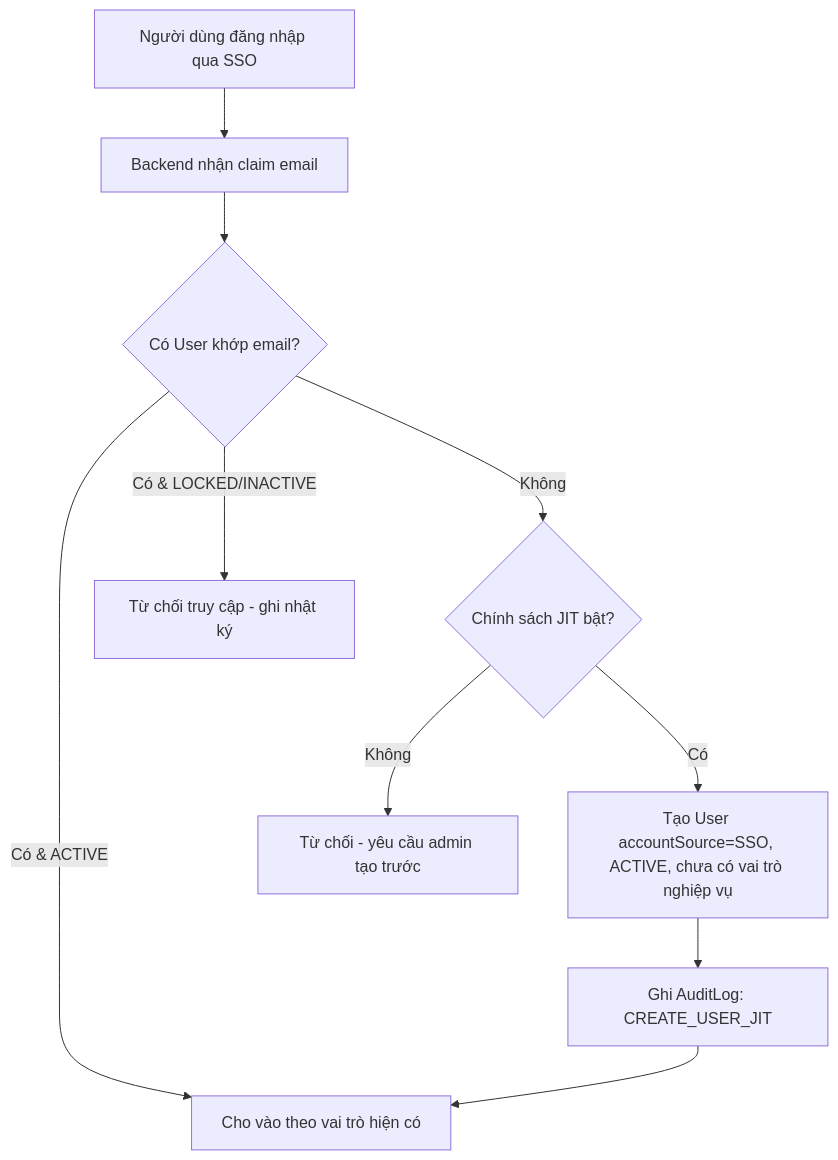
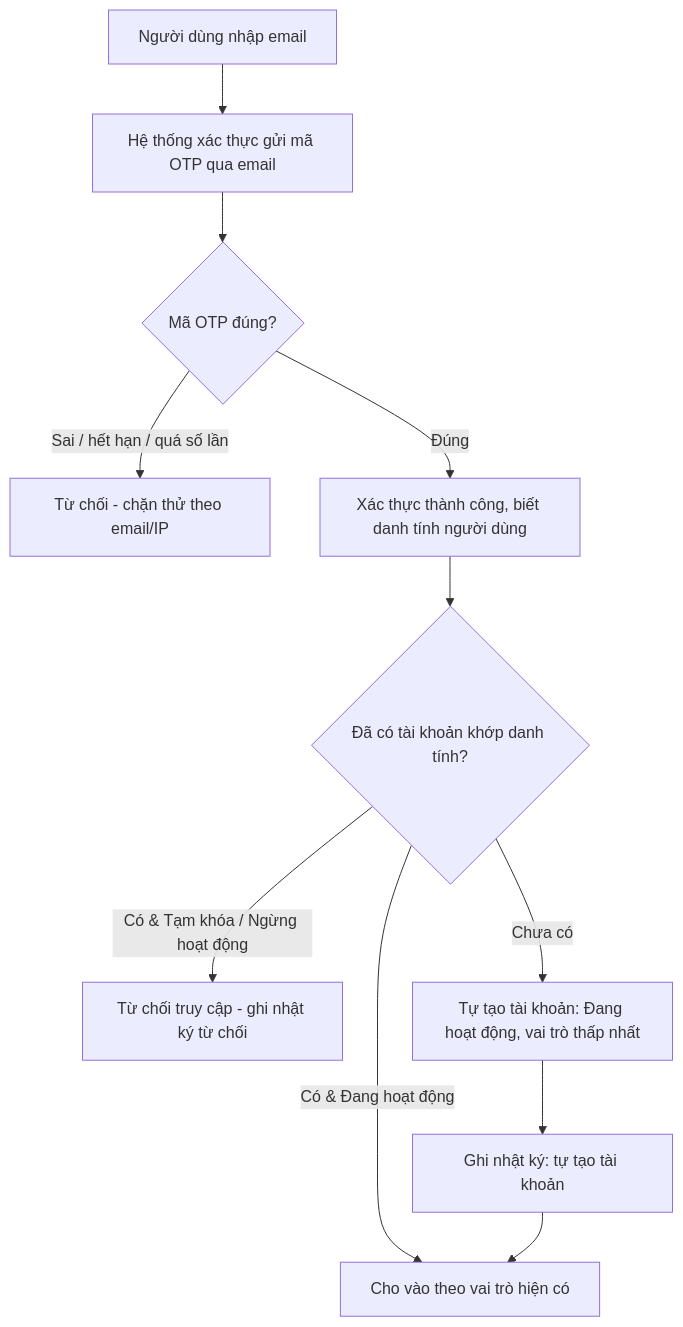
One commit to PTZero2026/rms-docs changed the second of 5 diagrams in docs/features/B03-quan-ly-nguoi-dung/spec.md. Above: the diagram before and after it, drawn with Mermaid. The commit also changed other lines of this file and 13 other files, not shown here.

Commit message:
Tách các file đã chỉnh sửa thành 2 commit riêng biệt: một commit cho phần "Quản lý người dùng" và một commit cho phần "Đề xuất đề tài". Điều này giúp làm rõ lịch sử commit và dễ dàng theo dõi các thay đổi liên quan đến từng tính năng cụ thể.

````diff
--- a/docs/features/B03-quan-ly-nguoi-dung/spec.md
+++ b/docs/features/B03-quan-ly-nguoi-dung/spec.md
@@ -68,12 +82,13 @@
 ```mermaid
 flowchart TD
-    A[Người dùng đăng nhập qua SSO] --> B[Backend nhận claim email]
-    B --> C{Có User khớp email?}
-    C -->|Có & ACTIVE| H[Cho vào theo vai trò hiện có]
-    C -->|Có & LOCKED/INACTIVE| L[Từ chối truy cập - ghi nhật ký]
-    C -->|Không| D{Chính sách JIT bật?}
-    D -->|Không| E[Từ chối - yêu cầu admin tạo trước]
-    D -->|Có| F[Tạo User accountSource=SSO, ACTIVE, chưa có vai trò nghiệp vụ]
-    F --> G[Ghi AuditLog: CREATE_USER_JIT]
+    A[Người dùng nhập email] --> B[Hệ thống xác thực gửi mã OTP qua email]
+    B --> V{Mã OTP đúng?}
+    V -->|Sai / hết hạn / quá số lần| X[Từ chối - chặn thử theo email/IP]
+    V -->|Đúng| K[Xác thực thành công, biết danh tính người dùng]
+    K --> C{Đã có tài khoản khớp danh tính?}
+    C -->|Có & Đang hoạt động| H[Cho vào theo vai trò hiện có]
+    C -->|Có & Tạm khóa / Ngừng hoạt động| L[Từ chối truy cập - ghi nhật ký từ chối]
+    C -->|Chưa có| F[Tự tạo tài khoản: Đang hoạt động, vai trò thấp nhất]
+    F --> G[Ghi nhật ký: tự tạo tài khoản]
     G --> H
 ```
````
